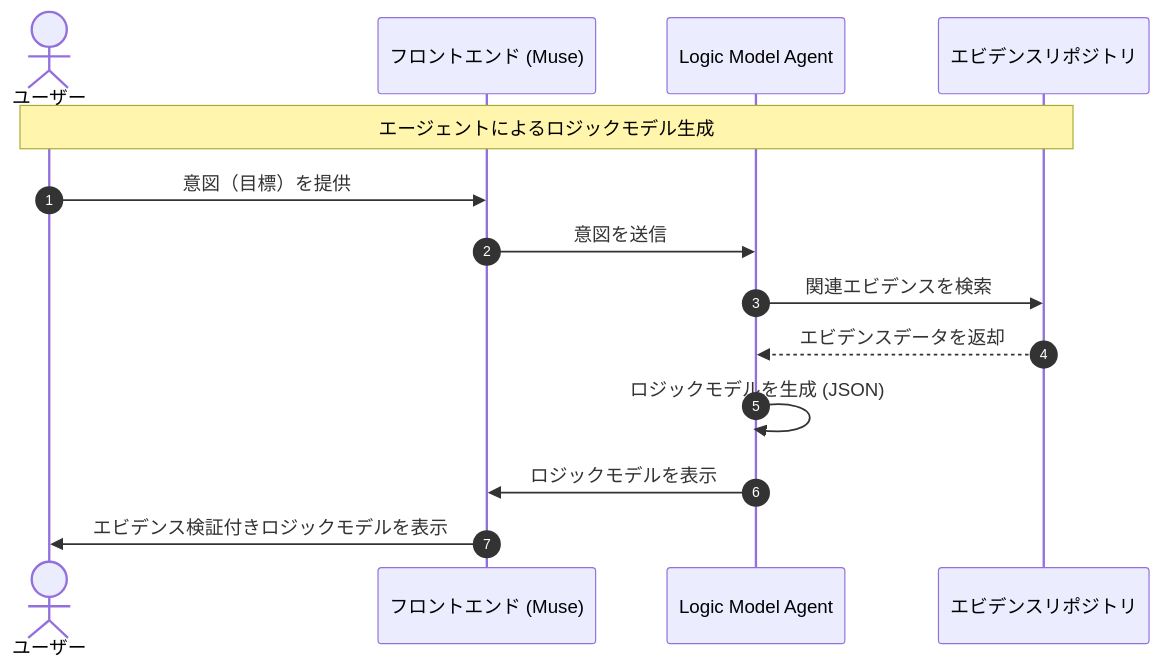
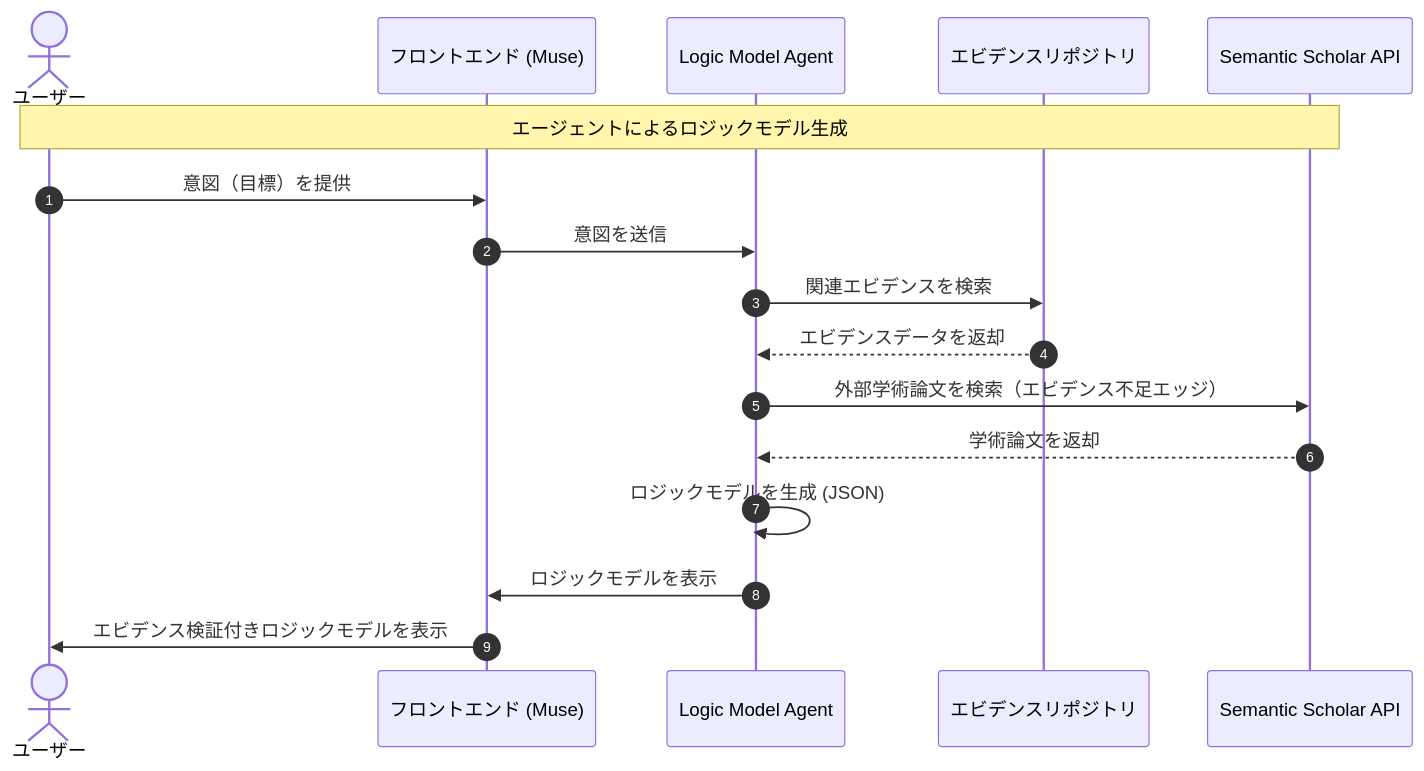
The first of 2 diagrams in DEV.ja.md (beaconlabs-io/muse), drawn with Mermaid before and after one commit. The commit also changed other lines of this file, not shown here.

First line of the commit message:
docs: update DEV.ja.md for Semantic Scholar integration

````diff
--- a/DEV.ja.md
+++ b/DEV.ja.md
@@ -5,18 +5,21 @@
 ```mermaid
 sequenceDiagram
     autonumber
     actor User as ユーザー
     participant FE as フロントエンド (Muse)
     participant Agent as Logic Model Agent
     participant Evidence as エビデンスリポジトリ
+    participant SS as Semantic Scholar API
 
-    Note over User, Evidence: エージェントによるロジックモデル生成
+    Note over User, SS: エージェントによるロジックモデル生成
 
     User->>FE: 意図（目標）を提供
     FE->>Agent: 意図を送信
     Agent->>Evidence: 関連エビデンスを検索
     Evidence-->>Agent: エビデンスデータを返却
+    Agent->>SS: 外部学術論文を検索（エビデンス不足エッジ）
+    SS-->>Agent: 学術論文を返却
     Agent->>Agent: ロジックモデルを生成 (JSON)
     Agent->>FE: ロジックモデルを表示
     FE->>User: エビデンス検証付きロジックモデルを表示
 ```
````
